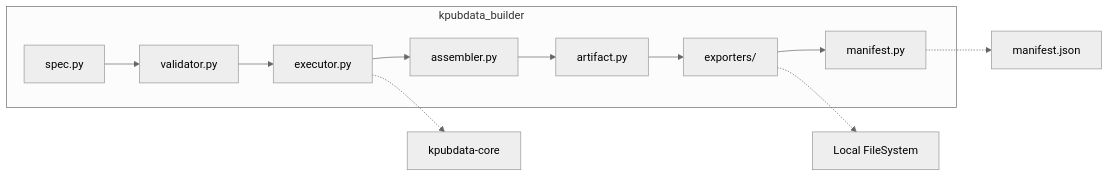
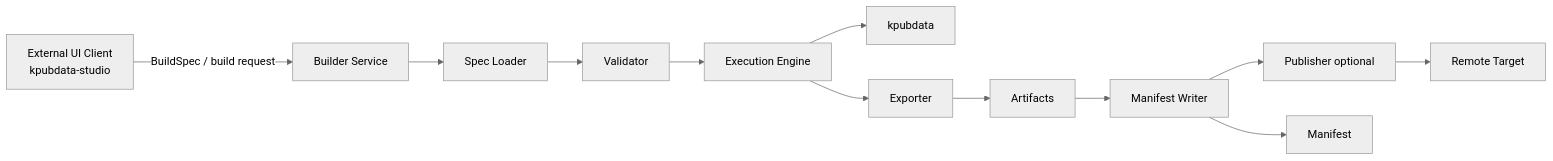
Before and after one commit to yeongseon/kpubdata-builder: the diagram in ARCHITECTURE.md, drawn with Mermaid (neutral theme). The commit also changed other lines of this file and 25 other files, not shown here.

First line of the commit message:
feat: v0.1 code stabilization — error hierarchy, spec loader, robust pipeline (closes #17-#22)

````diff
--- a/ARCHITECTURE.md
+++ b/ARCHITECTURE.md
@@ -129,15 +72,14 @@
 ```mermaid
-graph LR
-    subgraph "kpubdata_builder"
-        S[spec.py] --> V[validator.py]
-        V --> E[executor.py]
-        E --> A[assembler.py]
-        A --> AR[artifact.py]
-        AR --> EX[exporters/]
-        EX --> M[manifest.py]
-    end
-    
-    E -.-> K[kpubdata-core]
-    EX -.-> FS[Local FileSystem]
-    M -.-> MN[manifest.json]
+flowchart LR
+    UI[External UI Client<br/>kpubdata-studio] -->|BuildSpec / build request| S[Builder Service]
+    S --> L[Spec Loader]
+    L --> V[Validator]
+    V --> X[Execution Engine]
+    X --> K[kpubdata]
+    X --> E[Exporter]
+    E --> A[Artifacts]
+    A --> M[Manifest Writer]
+    M --> P[Publisher optional]
+    M --> R[Manifest]
+    P --> O[Remote Target]
 ```
````
